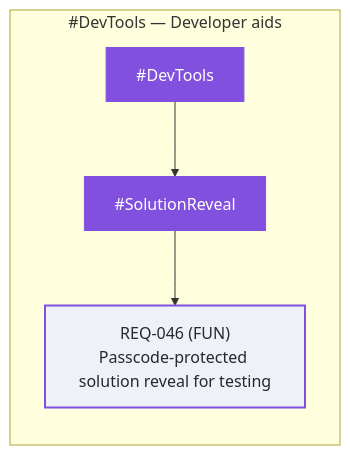
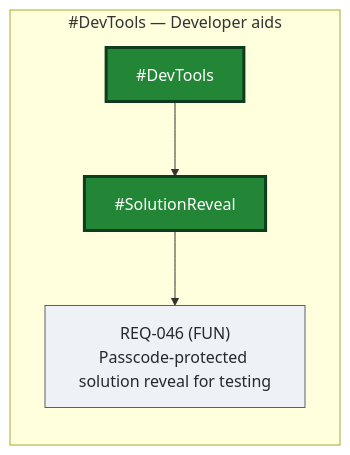
Before and after one commit to jamisuni/TangramNoAds: the diagram in Requirements/views/feature-map-DevTools.md, drawn with Mermaid. The commit also changed 111 other files, not shown here.

````diff
--- a/Requirements/views/feature-map-DevTools.md
+++ b/Requirements/views/feature-map-DevTools.md
@@ -7,25 +7,25 @@
 ```mermaid
 flowchart LR
   subgraph sg_DevTools ["#DevTools — Developer aids"]
-    DevTools["#DevTools"]:::featAi
-    SolutionReveal["#SolutionReveal"]:::featAi
-    REQ-046["REQ-046 (FUN)<br/>Passcode-protected solution reveal for testing"]:::funAi
+    DevTools["#DevTools"]:::featLock
+    SolutionReveal["#SolutionReveal"]:::featLock
+    REQ-046["REQ-046 (FUN)<br/>Passcode-protected solution reveal for testing"]:::fun
   end
   DevTools --> SolutionReveal
   SolutionReveal --> REQ-046
   classDef feat fill:#1f6feb,color:#fff,stroke:#1f6feb
   classDef featIdea fill:#dbe4f3,color:#24292f,stroke:#1f6feb,stroke-dasharray: 4 3
   classDef featSpec fill:#0d5c2f,color:#fff,stroke:#0d5c2f
   classDef featLock fill:#238636,color:#fff,stroke:#0d3d1c,stroke-width:3px
   classDef biz fill:#238636,color:#fff,stroke:#0d3d1c,stroke-width:3px
   classDef fun fill:#eef2f6,color:#24292f,stroke:#57606a
   classDef ui fill:#fff8c5,color:#24292f,stroke:#9a6700
   classDef bizInf fill:#238636,color:#fff,stroke:#cf222e,stroke-dasharray: 5 5
   classDef funInf fill:#eef2f6,color:#24292f,stroke:#cf222e,stroke-dasharray: 5 5
   classDef uiInf fill:#fff8c5,color:#24292f,stroke:#cf222e,stroke-dasharray: 5 5
   classDef withdrawn fill:#f6f8fa,color:#8c959f,stroke:#8c959f,stroke-dasharray: 2 2
   classDef featAi fill:#8250df,color:#fff,stroke:#8250df
   classDef bizAi fill:#238636,color:#fff,stroke:#8250df,stroke-width:3px
   classDef funAi fill:#eef2f6,color:#24292f,stroke:#8250df,stroke-width:2px
   classDef uiAi fill:#fff8c5,color:#24292f,stroke:#8250df,stroke-width:2px
 ```
````
